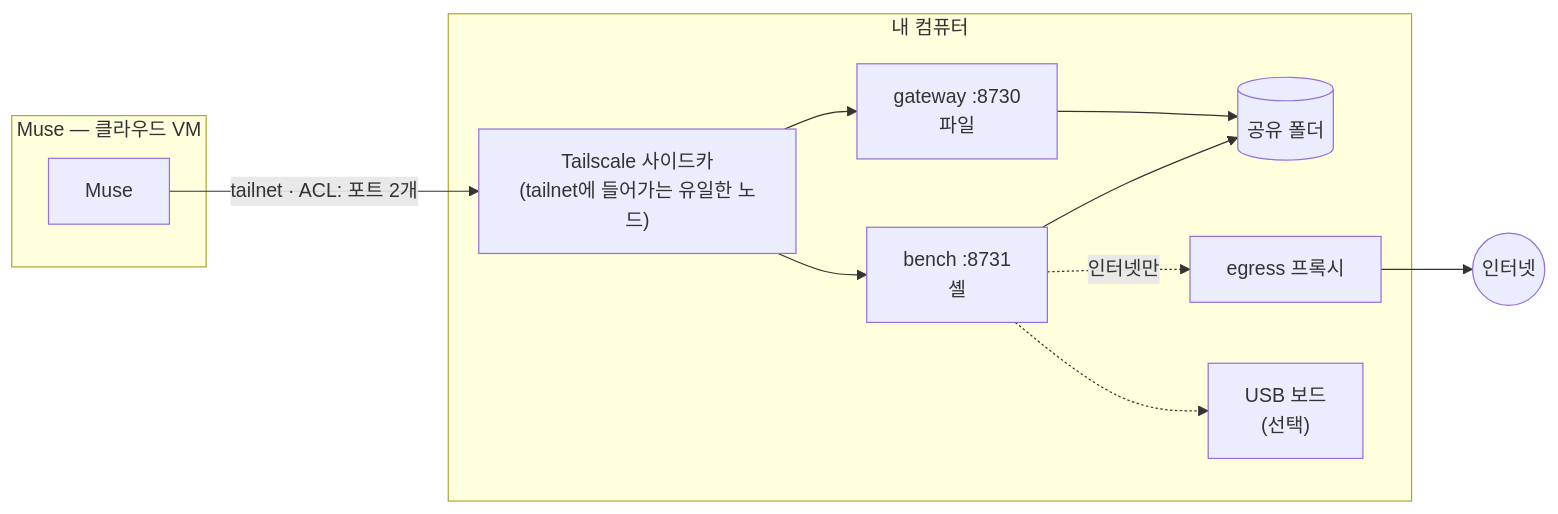
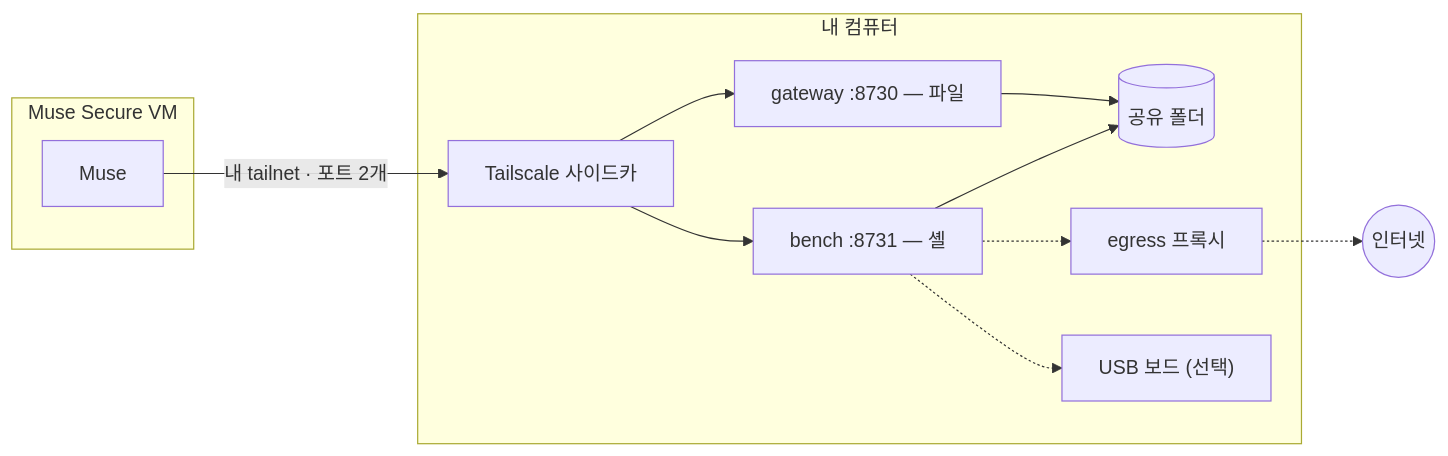
The diagram in README.kr.md (Toddoward/muse-local-gateway), drawn with Mermaid before and after one commit. The commit also changed other lines of this file and 7 other files, not shown here.

First line of the commit message:
Rewrite README around Muse stepping out of its VM; hero motion graphic; libusb in the bench

````diff
--- a/README.kr.md
+++ b/README.kr.md
@@ -86,19 +87,19 @@
 ```mermaid
 flowchart LR
-  subgraph cloud["Muse — 클라우드 VM"]
+  subgraph vm["Muse Secure VM"]
     M["Muse"]
   end
   subgraph pc["내 컴퓨터"]
-    TS["Tailscale 사이드카<br/>(tailnet에 들어가는 유일한 노드)"]
-    G["gateway :8730<br/>파일"]
-    B["bench :8731<br/>셸"]
+    TS["Tailscale 사이드카"]
+    G["gateway :8730 — 파일"]
+    B["bench :8731 — 셸"]
     E["egress 프록시"]
     F[("공유 폴더")]
-    U["USB 보드<br/>(선택)"]
+    U["USB 보드 (선택)"]
   end
-  M -- "tailnet · ACL: 포트 2개" --> TS
+  M -- "내 tailnet · 포트 2개" --> TS
   TS --> G --> F
   TS --> B --> F
-  B -. "인터넷만" .-> E --> I(("인터넷"))
+  B -.-> E -.-> I(("인터넷"))
   B -.-> U
 ```
````
